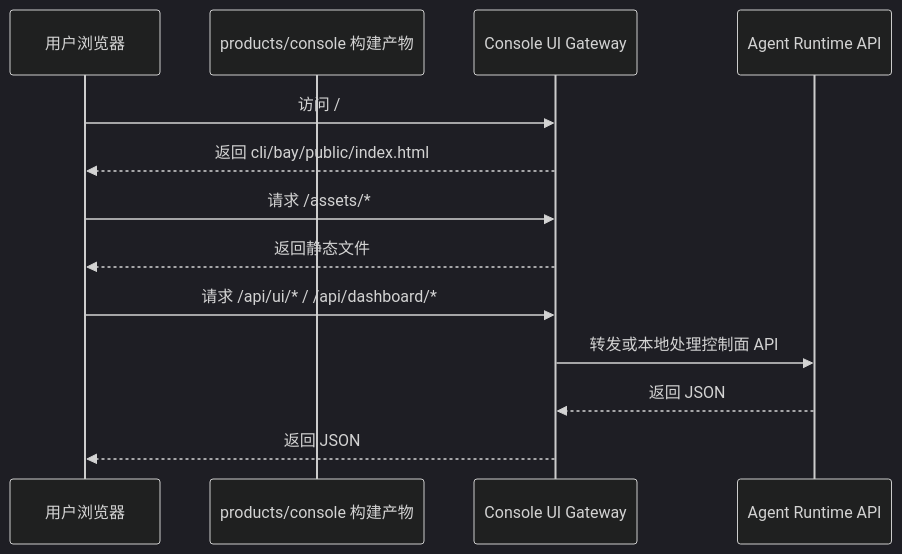
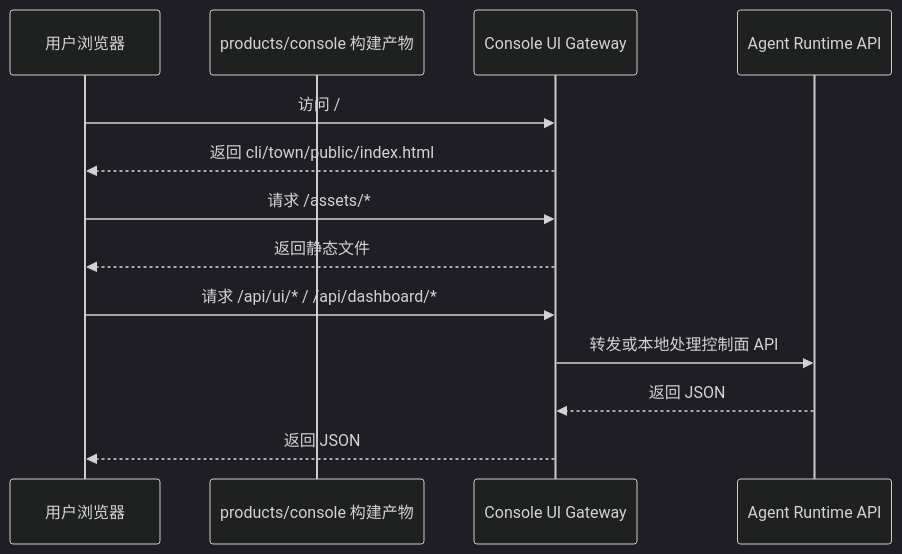
One commit to wangenius/downcity changed the diagram in homepage/content/devdocs/zh/console-ui/build-and-runtime.mdx. Above: the diagram before and after it, drawn with Mermaid (dark theme). The commit also changed other lines of this file and 1247 other files, not shown here.

````diff
--- a/homepage/content/devdocs/zh/console-ui/build-and-runtime.mdx
+++ b/homepage/content/devdocs/zh/console-ui/build-and-runtime.mdx
@@ -75,16 +75,16 @@
 ```mermaid
 sequenceDiagram
   participant U as 用户浏览器
   participant C as products/console 构建产物
   participant G as Console UI Gateway
   participant R as Agent Runtime API
 
   U->>G: 访问 /
-  G-->>U: 返回 cli/bay/public/index.html
+  G-->>U: 返回 cli/town/public/index.html
   U->>G: 请求 /assets/*
   G-->>U: 返回静态文件
   U->>G: 请求 /api/ui/* / /api/dashboard/*
   G->>R: 转发或本地处理控制面 API
   R-->>G: 返回 JSON
   G-->>U: 返回 JSON
 ```
````
